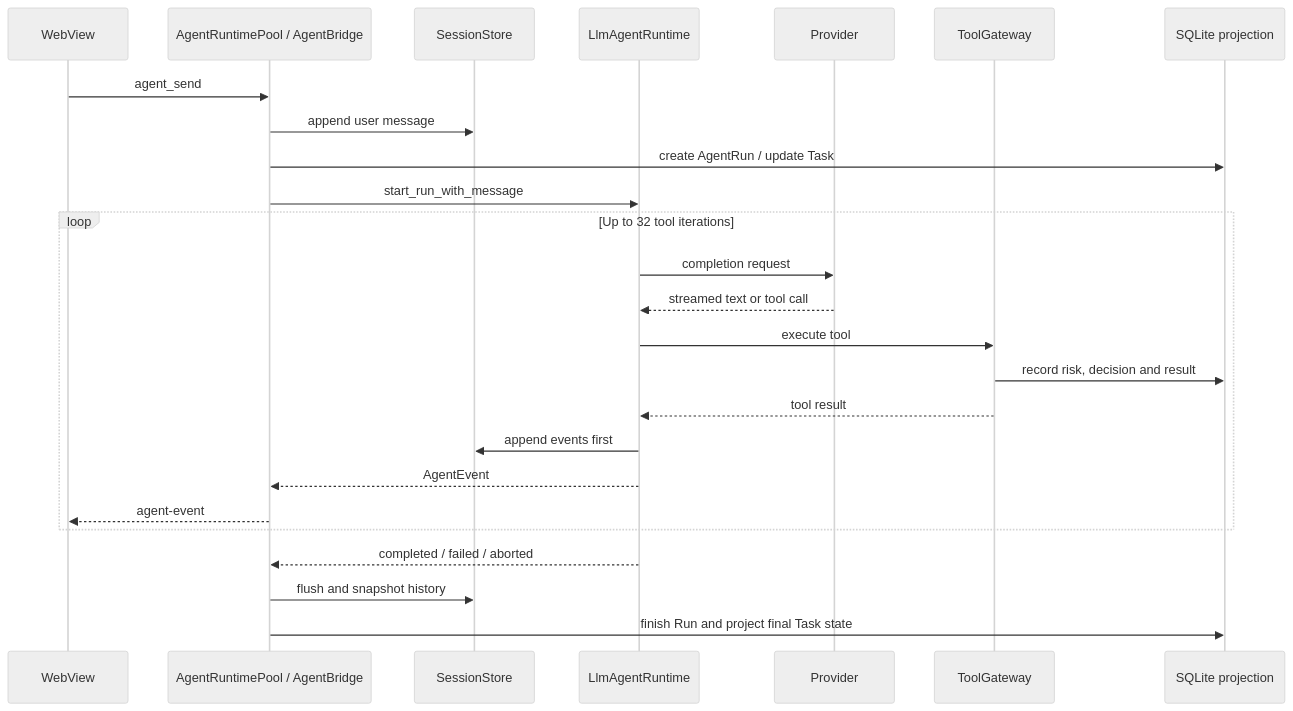
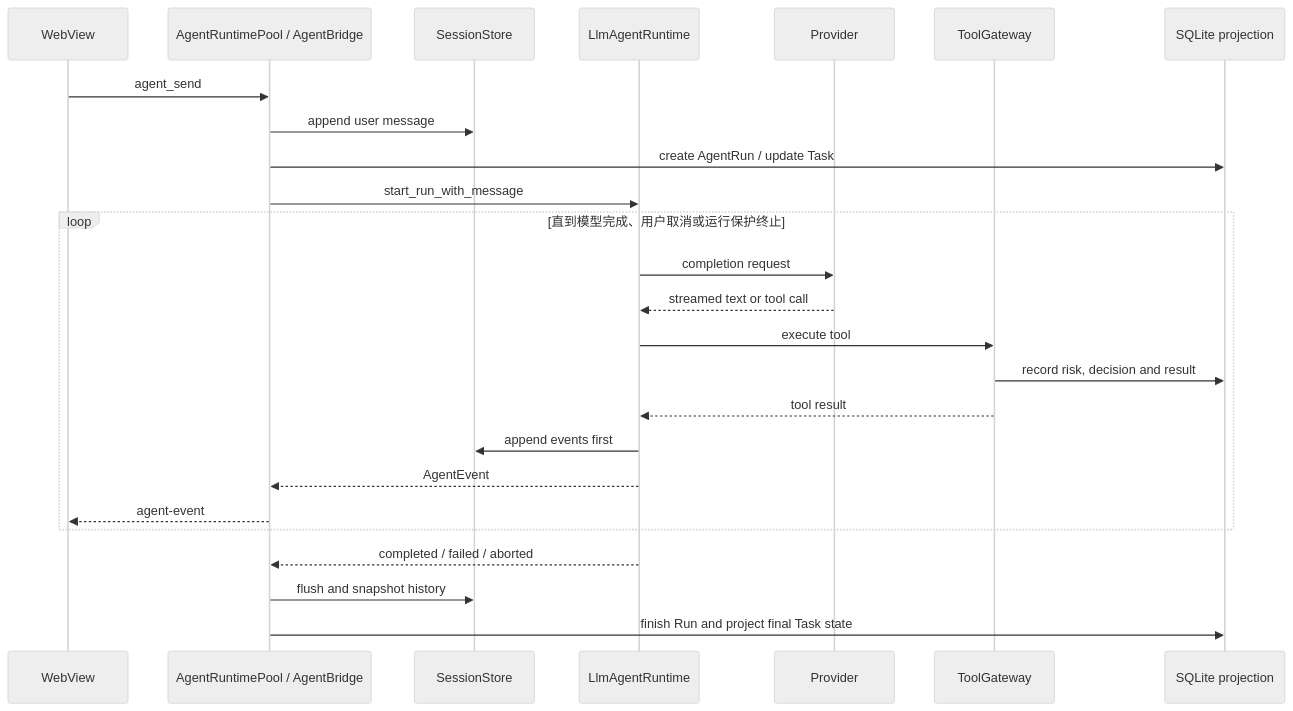
Before and after one commit to foritin/r-code: the fifth of 8 diagrams in docs/ARCHITECTURE.md, drawn with Mermaid (neutral theme). The commit also changed other lines of this file and 90 other files, not shown here.

````diff
--- a/docs/ARCHITECTURE.md
+++ b/docs/ARCHITECTURE.md
@@ -204,28 +213,28 @@
 ```mermaid
 sequenceDiagram
     participant UI as WebView
     participant Host as AgentRuntimePool / AgentBridge
     participant Session as SessionStore
     participant Runtime as LlmAgentRuntime
     participant LLM as Provider
     participant Gateway as ToolGateway
     participant Audit as SQLite projection
 
     UI->>Host: agent_send
     Host->>Session: append user message
     Host->>Audit: create AgentRun / update Task
     Host->>Runtime: start_run_with_message
-    loop Up to 32 tool iterations
+    loop 直到模型完成、用户取消或运行保护终止
         Runtime->>LLM: completion request
         LLM-->>Runtime: streamed text or tool call
         Runtime->>Gateway: execute tool
         Gateway->>Audit: record risk, decision and result
         Gateway-->>Runtime: tool result
         Runtime->>Session: append events first
         Runtime-->>Host: AgentEvent
         Host-->>UI: agent-event
     end
     Runtime-->>Host: completed / failed / aborted
     Host->>Session: flush and snapshot history
     Host->>Audit: finish Run and project final Task state
 ```
````
